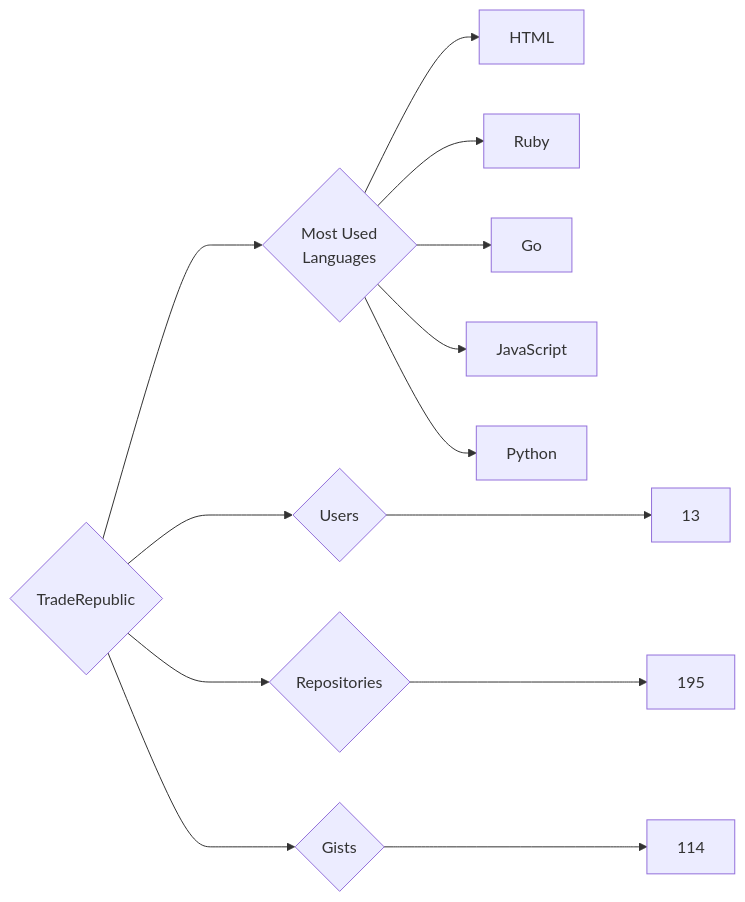
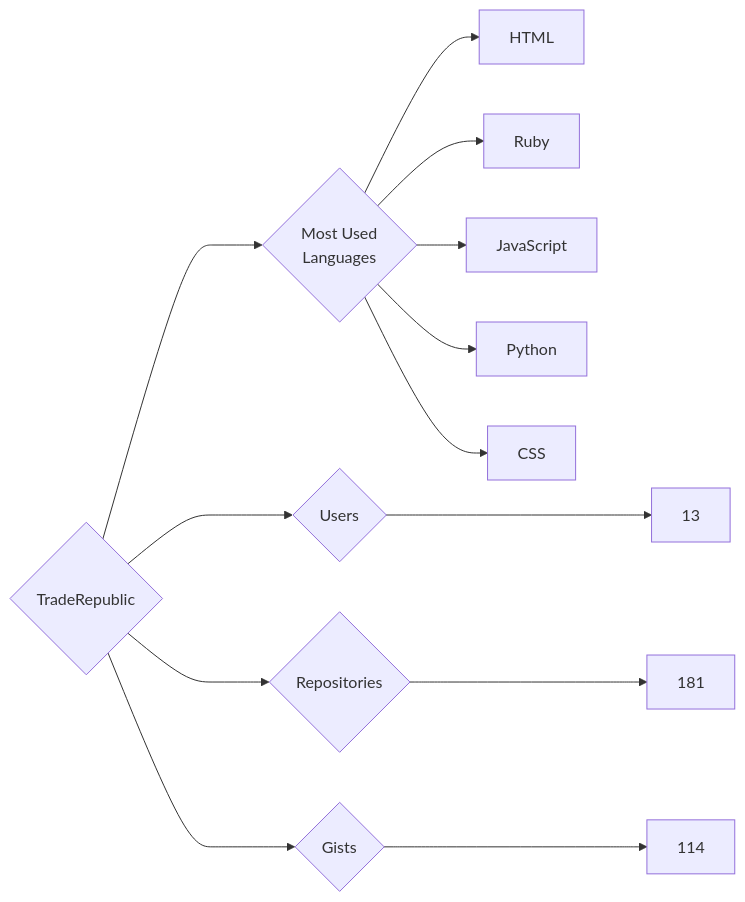
One commit to trickest/insiders changed the diagram in targets/TradeRepublic/README.md. Above: the diagram before and after it, drawn with Mermaid. The commit also changed 1248 other files, not shown here.

````diff
--- a/targets/TradeRepublic/README.md
+++ b/targets/TradeRepublic/README.md
@@ -3,13 +3,13 @@
 ```mermaid
 graph LR
 COMPANY_NAME{TradeRepublic}
 COMPANY_NAME ---> U{Users} ---> UN[13]
-COMPANY_NAME ---> R{Repositories} ---> RN[195]
+COMPANY_NAME ---> R{Repositories} ---> RN[181]
 COMPANY_NAME ---> G{Gists} ---> GN[114]
 COMPANY_NAME ---> ML{Most Used<br>Languages}
 ML --> HTML[HTML]
 ML --> Ruby[Ruby]
-ML --> Go[Go]
 ML --> JavaScript[JavaScript]
 ML --> Python[Python]
+ML --> CSS[CSS]
 ```
````
